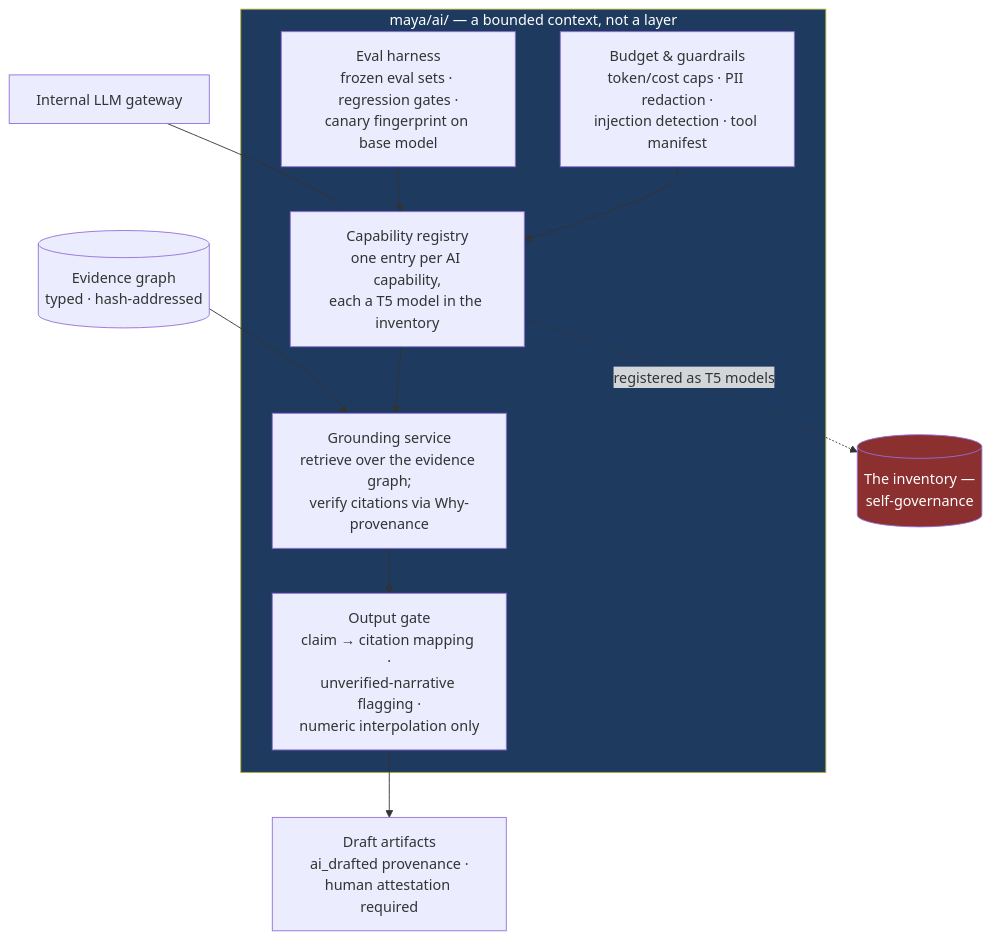
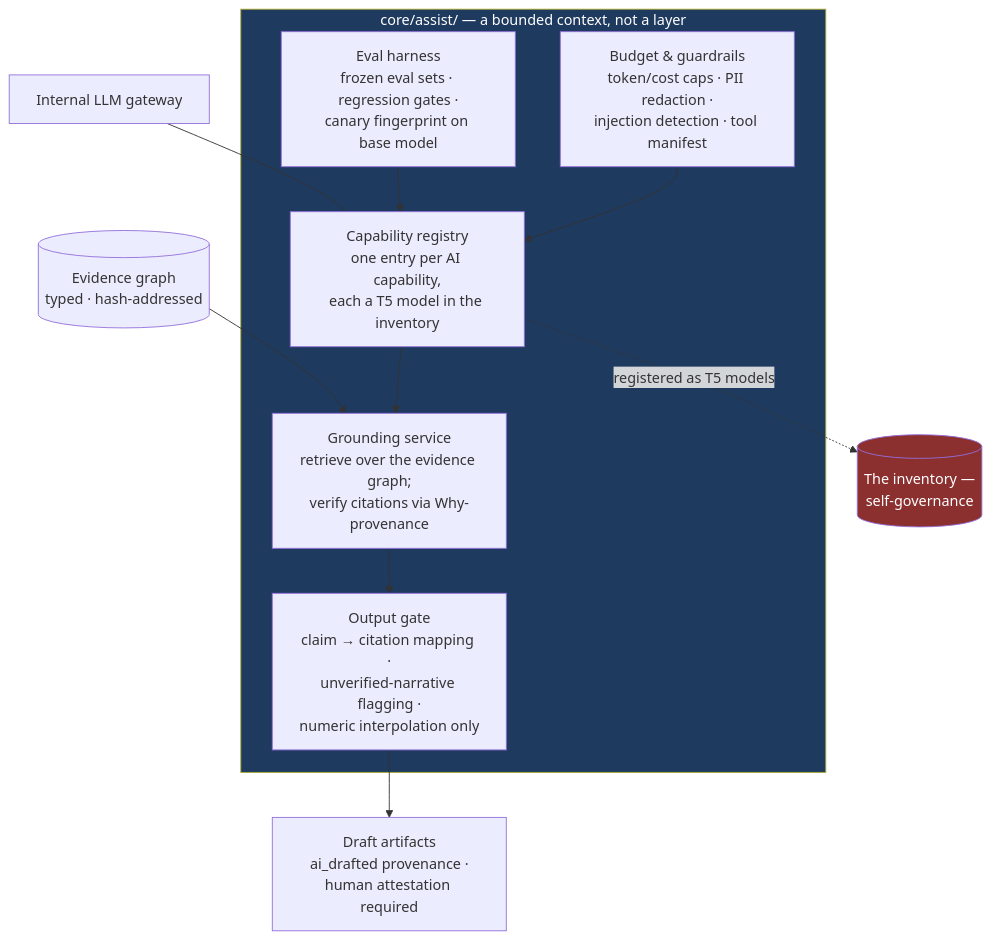
The second of 2 diagrams in docs/13-ai-in-the-platform.md (ajsinha/maya), drawn with Mermaid before and after one commit. The commit also changed 27 other files, not shown here.

````diff
--- a/docs/13-ai-in-the-platform.md
+++ b/docs/13-ai-in-the-platform.md
@@ -258,19 +258,19 @@
 ```mermaid
 flowchart TB
-    subgraph AICTX["maya/ai/ — a bounded context, not a layer"]
+    subgraph AICTX["core/assist/ — a bounded context, not a layer"]
         CAP["Capability registry<br/>one entry per AI capability,<br/>each a T5 model in the inventory"]
         GRD["Grounding service<br/>retrieve over the evidence graph;<br/>verify citations via Why-provenance"]
         GATE["Output gate<br/>claim → citation mapping ·<br/>unverified-narrative flagging ·<br/>numeric interpolation only"]
         EVAL["Eval harness<br/>frozen eval sets · regression gates ·<br/>canary fingerprint on base model"]
         BUD["Budget & guardrails<br/>token/cost caps · PII redaction ·<br/>injection detection · tool manifest"]
     end
     EG[("Evidence graph<br/>typed · hash-addressed")] --> GRD
     GW["Internal LLM gateway"] --- CAP
     CAP --> GRD --> GATE
     EVAL --> CAP
     BUD --> CAP
     GATE --> OUT["Draft artifacts<br/>ai_drafted provenance ·<br/>human attestation required"]
     CAP -.registered as T5 models.-> INV[("The inventory —<br/>self-governance")]
     style AICTX fill:#1f3a5f,color:#fff
     style INV fill:#8b2f2f,color:#fff
 ```
````
